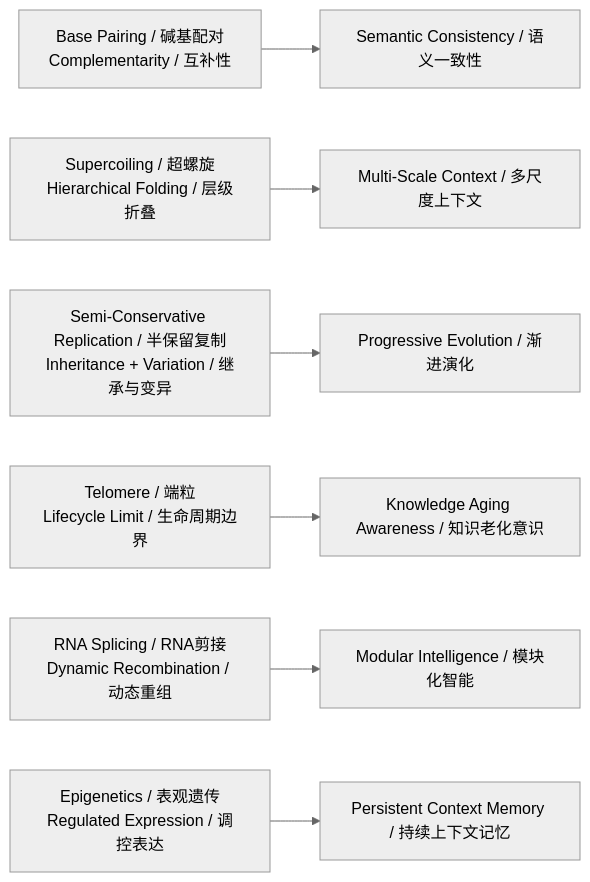
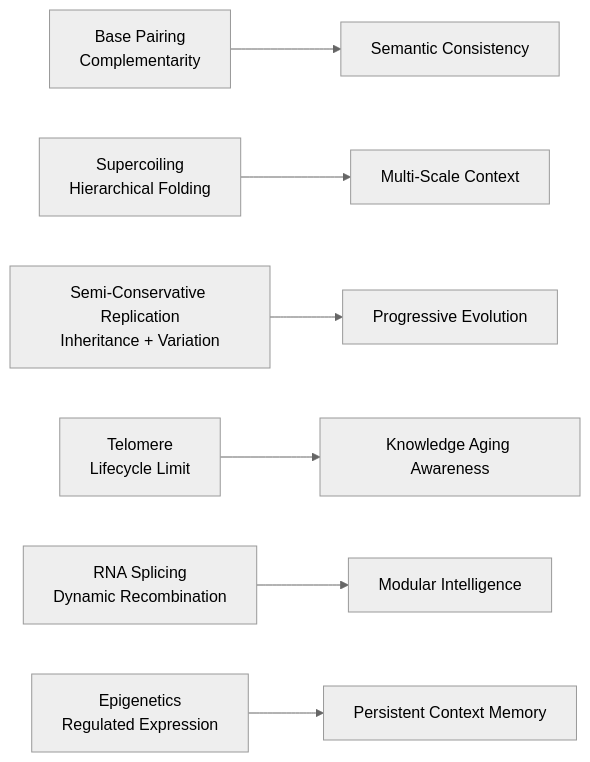
The second of 8 diagrams in README.md (televgtamfe-coder/HelixForge), drawn with Mermaid (neutral theme) before and after one commit. The commit also changed other lines of this file and 1 other file, not shown here.

````diff
--- a/README.md
+++ b/README.md
@@ -111,9 +96,9 @@
 ```mermaid
 flowchart LR
-    D1["Base Pairing / 碱基配对<br/>Complementarity / 互补性"] --> A1["Semantic Consistency / 语义一致性"]
-    D2["Supercoiling / 超螺旋<br/>Hierarchical Folding / 层级折叠"] --> A2["Multi-Scale Context / 多尺度上下文"]
-    D3["Semi-Conservative Replication / 半保留复制<br/>Inheritance + Variation / 继承与变异"] --> A3["Progressive Evolution / 渐进演化"]
-    D4["Telomere / 端粒<br/>Lifecycle Limit / 生命周期边界"] --> A4["Knowledge Aging Awareness / 知识老化意识"]
-    D5["RNA Splicing / RNA剪接<br/>Dynamic Recombination / 动态重组"] --> A5["Modular Intelligence / 模块化智能"]
-    D6["Epigenetics / 表观遗传<br/>Regulated Expression / 调控表达"] --> A6["Persistent Context Memory / 持续上下文记忆"]
+    D1["Base Pairing<br/>Complementarity"] --> A1["Semantic Consistency"]
+    D2["Supercoiling<br/>Hierarchical Folding"] --> A2["Multi-Scale Context"]
+    D3["Semi-Conservative Replication<br/>Inheritance + Variation"] --> A3["Progressive Evolution"]
+    D4["Telomere<br/>Lifecycle Limit"] --> A4["Knowledge Aging Awareness"]
+    D5["RNA Splicing<br/>Dynamic Recombination"] --> A5["Modular Intelligence"]
+    D6["Epigenetics<br/>Regulated Expression"] --> A6["Persistent Context Memory"]
 ```
````
